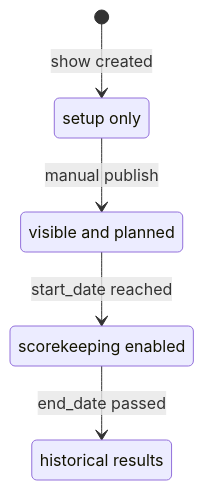
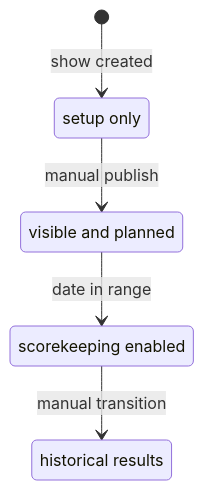
One commit to dhuber24/horse-show-results-app changed the first of 2 diagrams in docs/show-workflow.md. Above: the diagram before and after it, drawn with Mermaid. The commit also changed other lines of this file and 39 other files, not shown here.

Commit message:
docs: refresh architecture, frontend, auth, and workflow guides

````diff
--- a/docs/show-workflow.md
+++ b/docs/show-workflow.md
@@ -7,12 +7,12 @@
 ```mermaid
 stateDiagram-v2
     [*] --> DRAFT: show created
     DRAFT --> PUBLISHED: manual publish
-    PUBLISHED --> ACTIVE: start_date reached
-    ACTIVE --> COMPLETED: end_date passed
+    PUBLISHED --> ACTIVE: date in range
+    ACTIVE --> COMPLETED: manual transition
 
     DRAFT: setup only
     PUBLISHED: visible and planned
     ACTIVE: scorekeeping enabled
     COMPLETED: historical results
 ```
````
